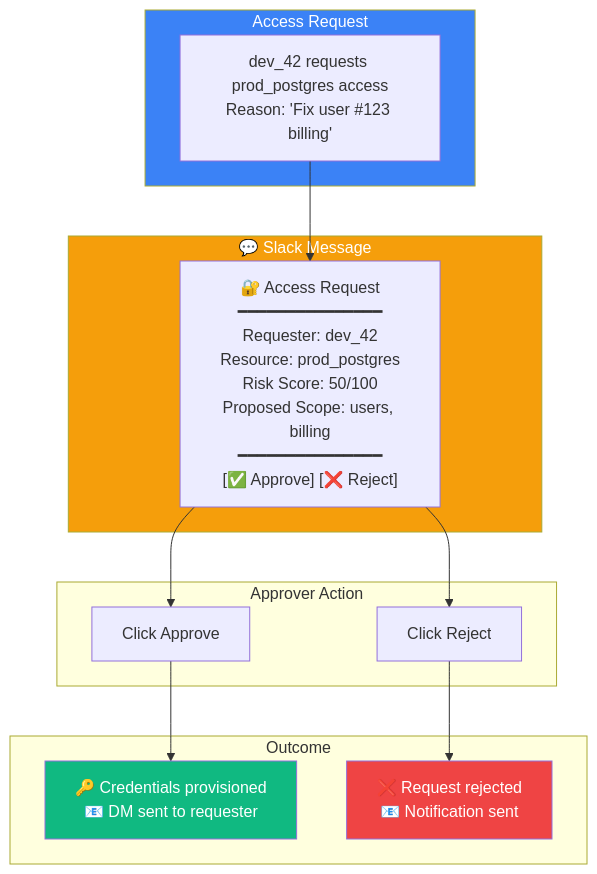
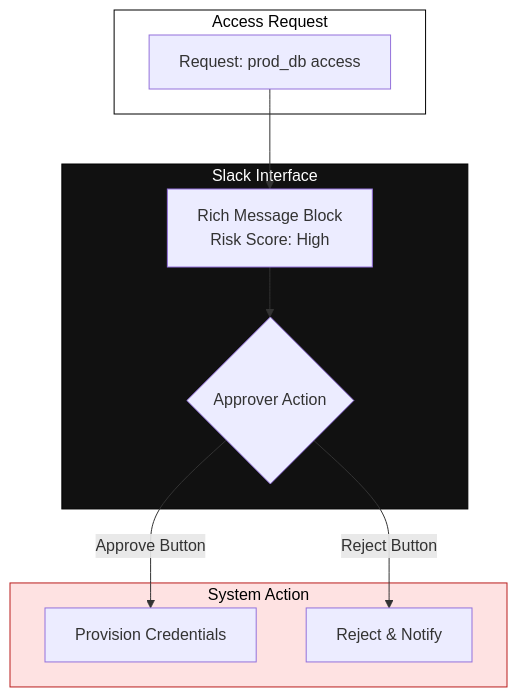
One commit to soumyacodes007/GlassKiss changed the sixth of 7 diagrams in README.md. Above: the diagram before and after it, drawn with Mermaid. The commit also changed other lines of this file, not shown here.

````diff
--- a/README.md
+++ b/README.md
@@ -321,29 +263,24 @@
 ```mermaid
 flowchart TB
     subgraph Request["Access Request"]
-        A["dev_42 requests prod_postgres access<br/>Reason: 'Fix user #123 billing'"]
+        A["Request: prod_db access"]
     end
 
-    subgraph Slack["💬 Slack Message"]
-        B["🔐 Access Request<br/>━━━━━━━━━━━━━━━<br/>Requester: dev_42<br/>Resource: prod_postgres<br/>Risk Score: 50/100<br/>Proposed Scope: users, billing<br/>━━━━━━━━━━━━━━━<br/>[✅ Approve] [❌ Reject]"]
+    subgraph Slack["Slack Interface"]
+        B["Rich Message Block<br/>Risk Score: High"]
+        C{Approver Action}
     end
 
-    subgraph Actions["Approver Action"]
-        C["Click Approve"]
-        D["Click Reject"]
+    subgraph Outcome["System Action"]
+        D["Provision Credentials"]
+        E["Reject & Notify"]
     end
 
-    subgraph Result["Outcome"]
-        E["🔑 Credentials provisioned<br/>📧 DM sent to requester"]
-        F["❌ Request rejected<br/>📧 Notification sent"]
-    end
+    A --> B --> C
+    C -->|Approve Button| D
+    C -->|Reject Button| E
 
-    A --> B
-    B --> C --> E
-    B --> D --> F
-
-    style Request fill:#3b82f6,color:#fff
-    style Slack fill:#f59e0b,color:#fff
-    style E fill:#10b981,color:#fff
-    style F fill:#ef4444,color:#fff
+    style Request fill:#fff,stroke:#000,color:#000
+    style Slack fill:#111,stroke:#000,color:#fff
+    style Outcome fill:#fee2e2,stroke:#b91c1c,color:#000
 ```
````
